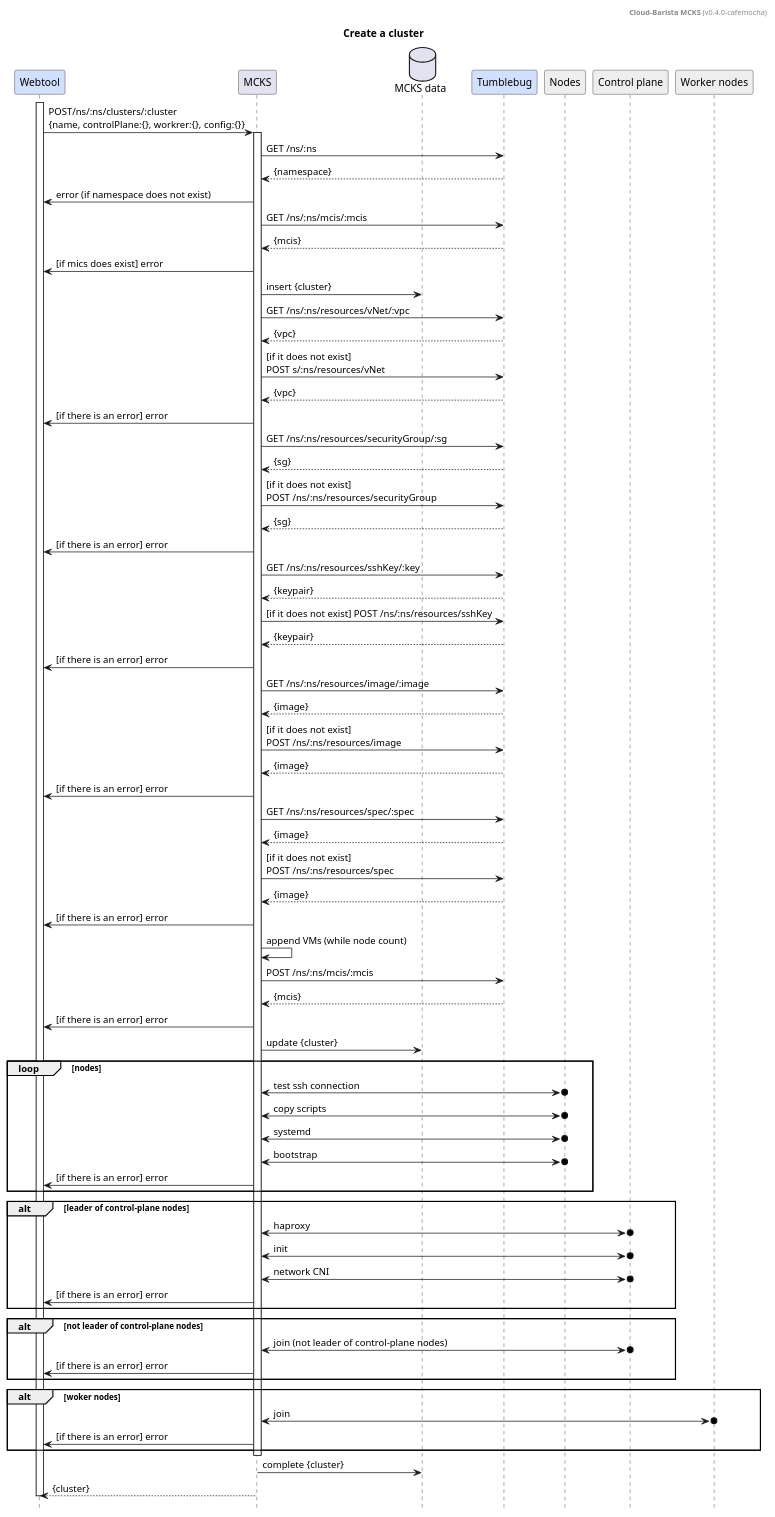
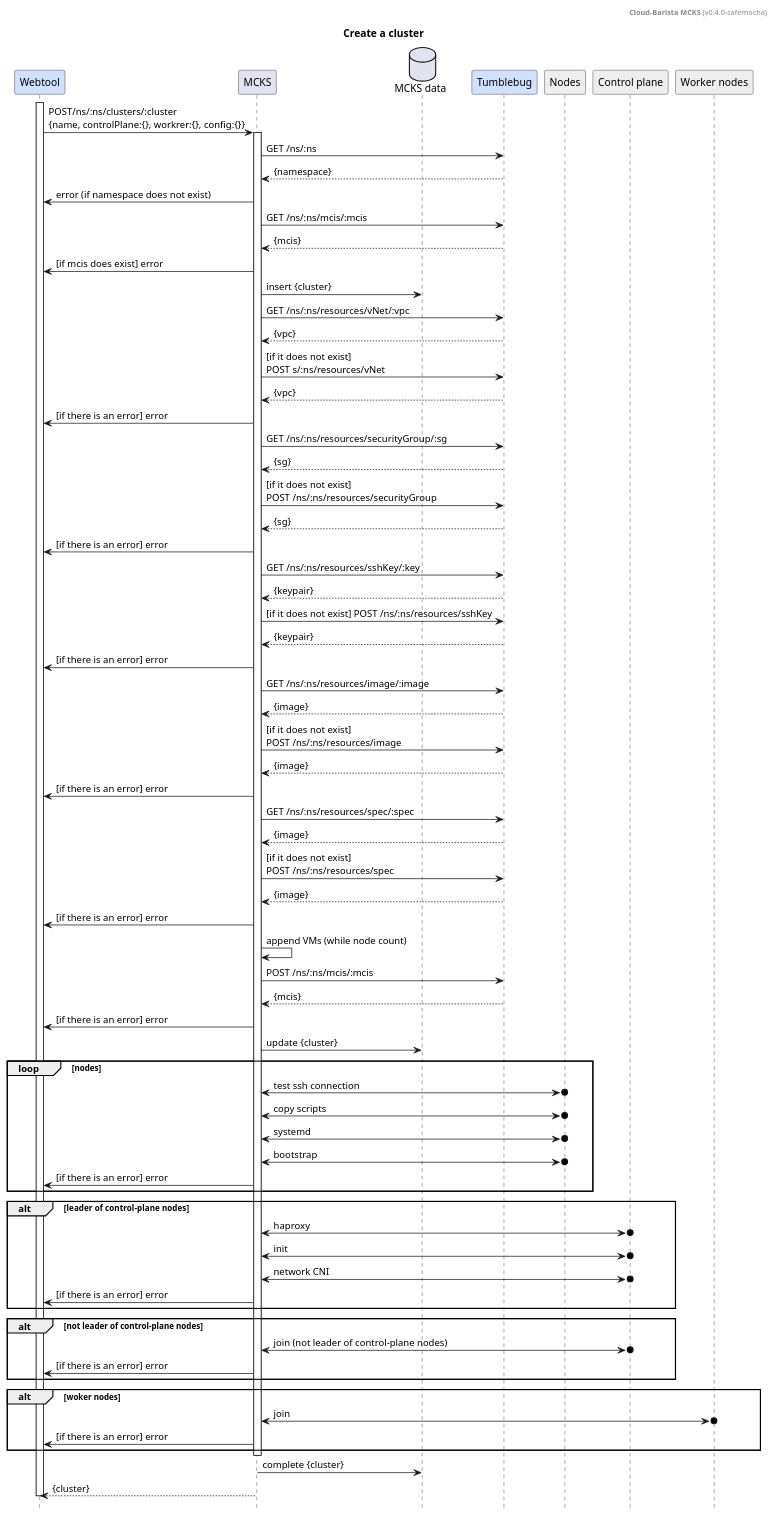
The diagram in docs/design/cluster-create.puml (cloud-barista/cb-ladybug), drawn with PlantUML before and after one commit. The commit also changed 4 other files, not shown here.

```diff
--- a/docs/design/cluster-create.puml
+++ b/docs/design/cluster-create.puml
@@ -1,122 +1,122 @@
 @startuml
 
 header **Cloud-Barista MCKS** (v0.4.0-cafemocha)
 title Create a cluster
 hide footbox
 
 participant	"Webtool"		as webtool		#d1e0ff
 
 participant	"MCKS"		as provider
 database	"MCKS data"	as db
 
 participant	"Tumblebug"		as tumblebug	#d1e0ff
 participant	"Nodes"			as nodes		#eeeeee
 participant	"Control plane"	as mNodes		#eeeeee
 participant	"Worker nodes"	as wNodes		#eeeeee
 
 skinparam sequence {
 	GroupColor DeepSkyBlue
 }
 
 
 activate webtool
 	webtool		->	provider		: POST/ns/:ns/clusters/:cluster\n{name, controlPlane:{}, workrer:{}, config:{}}
 
 
 		activate provider
 
 			'-- 1.infra
 			'-- 1.1. namespace
 			provider	->	tumblebug	: GET /ns/:ns
 			tumblebug	-->	provider	: {namespace}
 			provider	->	webtool		: error (if namespace does not exist)
 
 			'-- 1.2. MCIS
 			provider	->	tumblebug	: GET /ns/:ns/mcis/:mcis
 			tumblebug	-->	provider	: {mcis}
-			provider	->	webtool		: [if mics does exist] error 
+			provider	->	webtool		: [if mcis does exist] error 
 
 			'-- 
 			provider	->	db			: insert {cluster}
 
 			'-- 1.3. vpc
 			provider	->	tumblebug	: GET /ns/:ns/resources/vNet/:vpc
 			tumblebug	-->	provider	: {vpc}
 			provider	->	tumblebug	: [if it does not exist]\nPOST s/:ns/resources/vNet
 			tumblebug	-->	provider	: {vpc}
 			provider	->	webtool		: [if there is an error] error
 
 			'-- 1.4. sg(fw)
 			provider	->	tumblebug	: GET /ns/:ns/resources/securityGroup/:sg
 			tumblebug	-->	provider	: {sg}
 			provider	->	tumblebug	: [if it does not exist]\nPOST /ns/:ns/resources/securityGroup
 			tumblebug	-->	provider	: {sg}
 			provider	->	webtool		: [if there is an error] error
 
 			'-- 1.5. ssh
 			provider	->	tumblebug	: GET /ns/:ns/resources/sshKey/:key
 			tumblebug	-->	provider	: {keypair}
 			provider	->	tumblebug	: [if it does not exist] POST /ns/:ns/resources/sshKey
 			tumblebug	-->	provider	: {keypair}
 			provider	->	webtool		: [if there is an error] error
 			
 			'-- 1.6. image
 			provider	->	tumblebug	: GET /ns/:ns/resources/image/:image
 			tumblebug	-->	provider	: {image}
 			provider	->	tumblebug 	: [if it does not exist]\nPOST /ns/:ns/resources/image
 			tumblebug	-->	provider	: {image}
 			provider	->	webtool		: [if there is an error] error
 
 			'-- 1.7. spec
 			provider	->	tumblebug	: GET /ns/:ns/resources/spec/:spec
 			tumblebug	-->	provider	: {image}
 			provider	->	tumblebug 	: [if it does not exist]\nPOST /ns/:ns/resources/spec
 			tumblebug	-->	provider	: {image}
 			provider	->	webtool		: [if there is an error] error
 
 			'-- 1.8. mcis (vm)
 			provider	->	provider	: append VMs (while node count)
 			provider	->	tumblebug	: POST /ns/:ns/mcis/:mcis
 			tumblebug	-->	provider	: {mcis}
 			provider	->	webtool		: [if there is an error] error
 
 			'--
 			provider	->	db						: update {cluster}
 
 			' -- 2.1. boostrap
 			loop nodes
 				provider	<->o	nodes		: test ssh connection
 				provider	<->o	nodes		: copy scripts
 				provider	<->o	nodes		: systemd
 				provider	<->o	nodes		: bootstrap
 				provider	->		webtool		: [if there is an error] error
 			end
 
 			' -- 2.2. 
 			alt leader of control-plane  nodes
 				provider	<->o	mNodes		: haproxy
 				provider	<->o	mNodes		: init
 				provider	<->o	mNodes		: network CNI
 				provider	->	webtool			: [if there is an error] error
 			end
 
 			' -- 2.3. 
 			alt not leader of control-plane nodes
 				provider	<->o	mNodes		: join (not leader of control-plane nodes)
 				provider	->	webtool			: [if there is an error] error
 			end
 
 			' -- 2.3. 
 			alt woker nodes
 				provider	<->o	wNodes		: join
 				provider	->	webtool			: [if there is an error] error
 			end
 
 		deactivate provider
 
 		provider	->	db						: complete {cluster}
 		provider	-->	webtool					: {cluster}
 
 deactivate webtool
 
 @enduml
```
